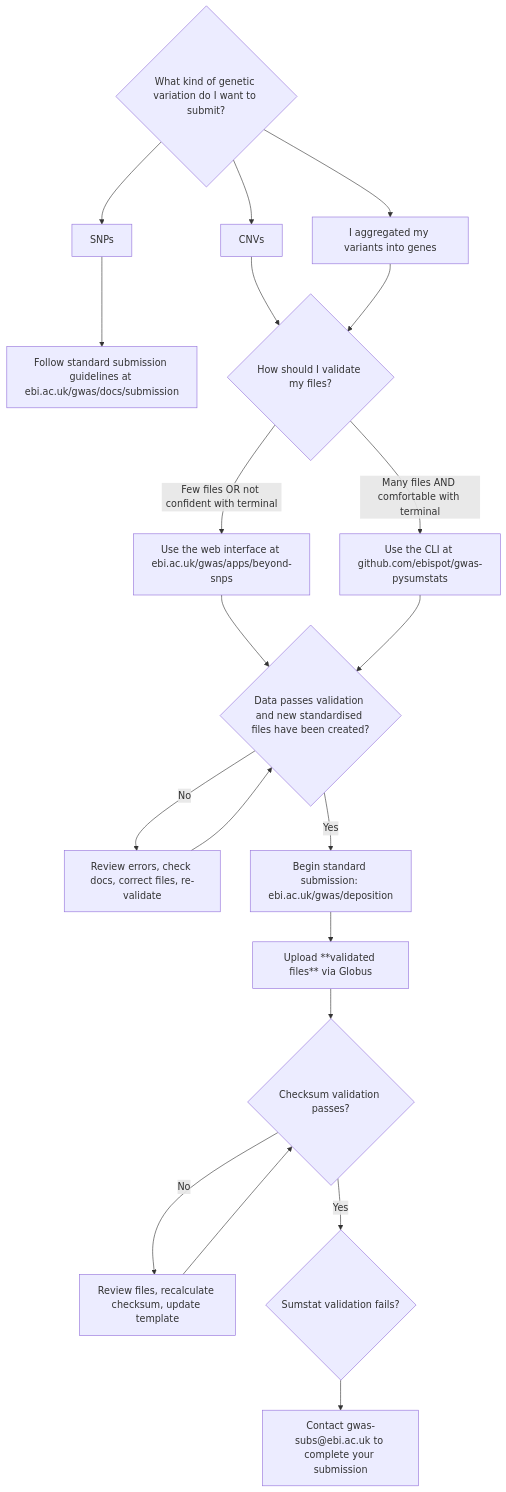
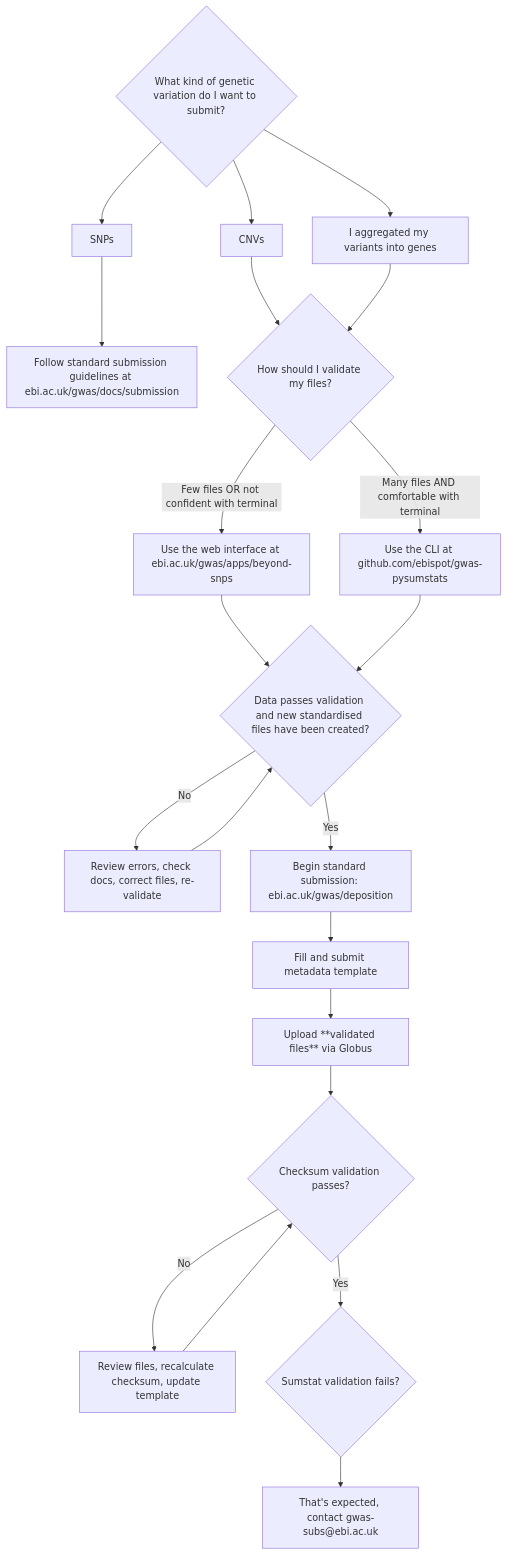
The diagram in docs/docs/how-to-submit.md (EBISPOT/gwas-beyond-snps), drawn with Mermaid before and after one commit.

Commit message:
update mermaid diagram with human friendly node names

````diff
--- a/docs/docs/how-to-submit.md
+++ b/docs/docs/how-to-submit.md
@@ -17,55 +17,58 @@
 ```mermaid
 flowchart TD
 
-    A{What kind of genetic variation do I want to submit?}
-    B[SNPs]
-    C[CNVs]
-    D[I aggregated my variants into genes]
+    variation_type{What kind of genetic variation do I want to submit?}
+    snps[SNPs]
+    cnvs[CNVs]
+    gene_agg[I aggregated my variants into genes]
 
-    A --> B
-    A --> C
-    A --> D
+    variation_type --> snps
+    variation_type --> cnvs
+    variation_type --> gene_agg
 
-    Z[Follow standard submission guidelines at ebi.ac.uk/gwas/docs/submission]
-    B --> Z
+    snp_guidelines[Follow standard submission guidelines at ebi.ac.uk/gwas/docs/submission]
+    snps --> snp_guidelines
 
-    X{How should I validate my files?}
+    validation_choice{How should I validate my files?}
 
-    H[Use the web interface at ebi.ac.uk/gwas/apps/beyond-snps]
-    I[Use the CLI at github.com/ebispot/gwas-pysumstats]
+    web_validator[Use the web interface at ebi.ac.uk/gwas/apps/beyond-snps]
+    cli_validator[Use the CLI at github.com/ebispot/gwas-pysumstats]
 
-    C --> X
-    D --> X
+    cnvs --> validation_choice
+    gene_agg --> validation_choice
 
-    X -->|Few files OR not confident with terminal| H
-    X -->|Many files AND comfortable with terminal| I
+    validation_choice -->|Few files OR not confident with terminal| web_validator
+    validation_choice -->|Many files AND comfortable with terminal| cli_validator
 
-    J{Data passes validation and new standardised files have been created?}
+    validation_result{Data passes validation and new standardised files have been created?}
 
-    H --> J
-    I --> J
+    web_validator --> validation_result
+    cli_validator --> validation_result
 
-    K[Review errors, check docs, correct files, re-validate]
+    fix_errors[Review errors, check docs, correct files, re-validate]
 
-    J -->|No| K
-    K --> J
+    validation_result -->|No| fix_errors
+    fix_errors --> validation_result
 
-    L[Begin standard submission: ebi.ac.uk/gwas/deposition]
-    J -->|Yes| L
+    start_submission[Begin standard submission: ebi.ac.uk/gwas/deposition]
+    validation_result -->|Yes| start_submission
 
-    M[Upload **validated files** via Globus]
-    L --> M
+    complete_metadata[Fill and submit metadata template]
+    start_submission --> complete_metadata
 
-    N{Checksum validation passes?}
-    M --> N
-    N -->|No| Q
+    upload_globus[Upload **validated files** via Globus]
+    complete_metadata --> upload_globus
 
-    Q[Review files, recalculate checksum, update template]
-    Q --> N
+    checksum_check{Checksum validation passes?}
+    upload_globus --> checksum_check
+    checksum_check -->|No| checksum_fix
 
-    O{Sumstat validation fails?}
-    N -->|Yes| O
+    checksum_fix[Review files, recalculate checksum, update template]
+    checksum_fix --> checksum_check
 
-    P[Contact gwas-subs@ebi.ac.uk to complete your submission]
-    O --> P
+    sumstat_check{Sumstat validation fails?}
+    checksum_check -->|Yes| sumstat_check
+
+    contact_support[That's expected, contact gwas-subs@ebi.ac.uk]
+    sumstat_check --> contact_support
 ```
````
